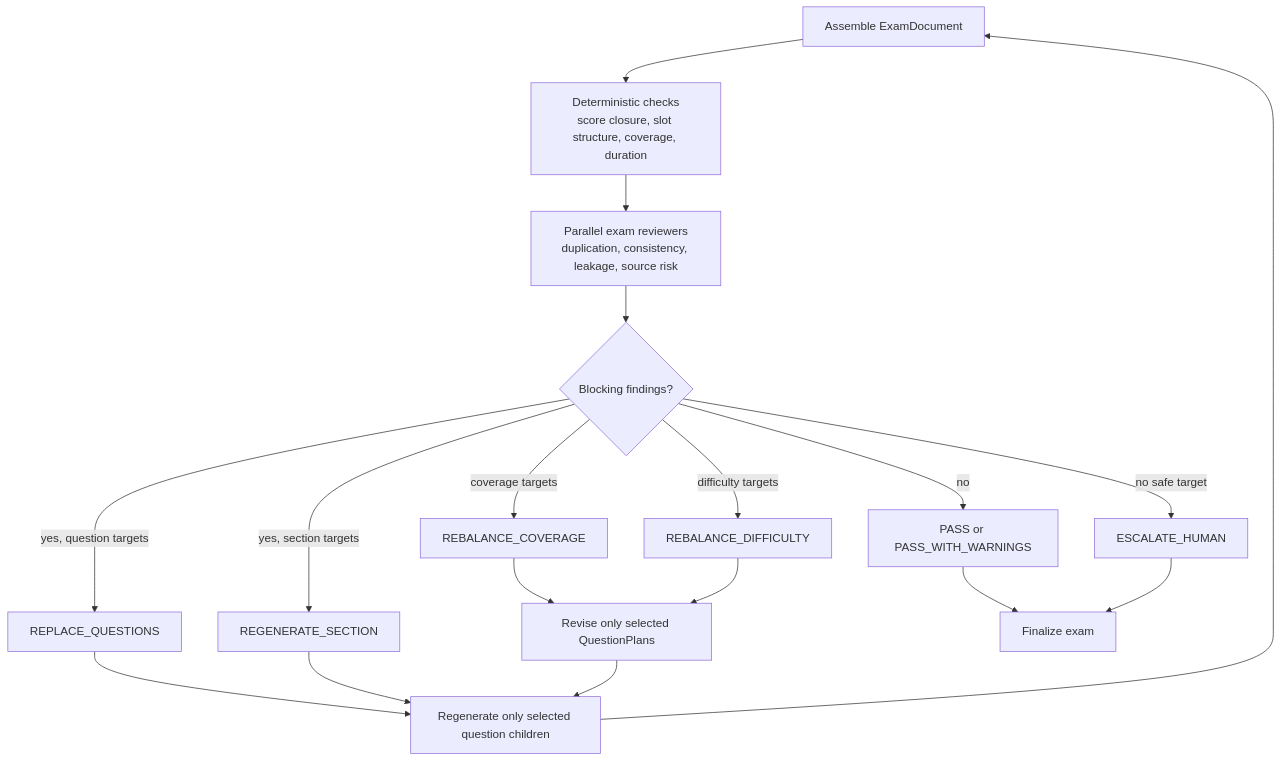
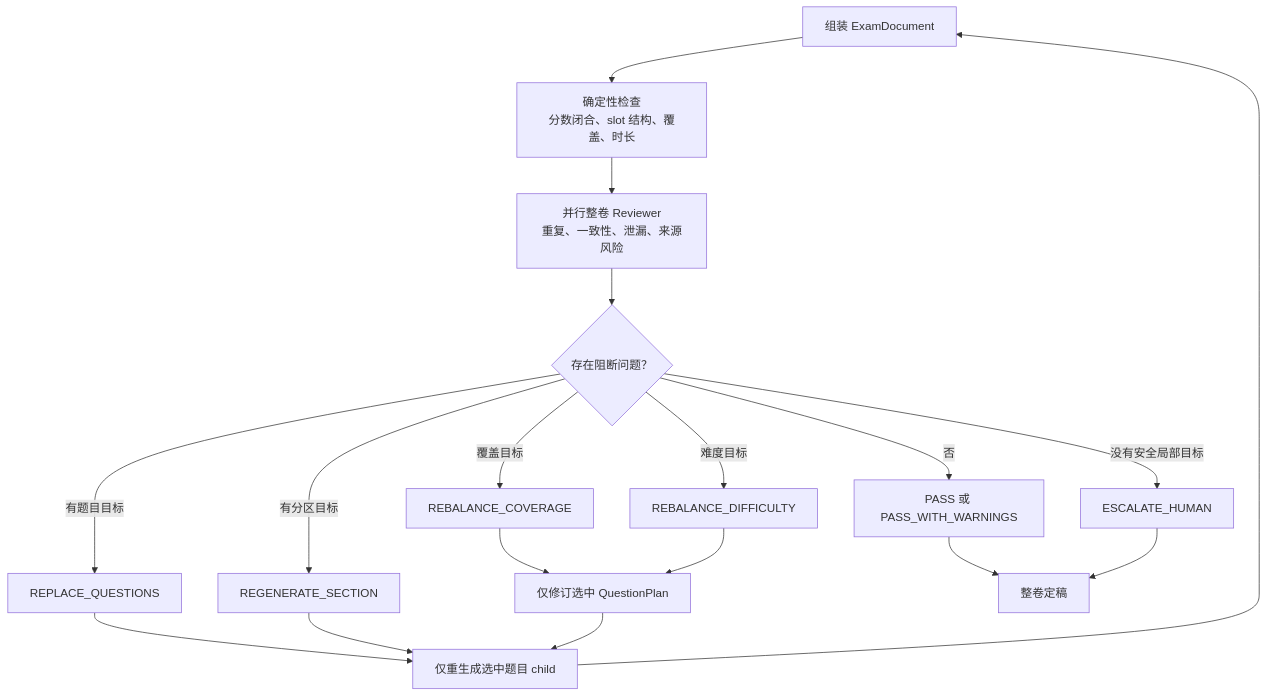
The ninth of 13 diagrams in README.md (kyc001/assessment-workbench), drawn with Mermaid before and after one commit. The commit also changed other lines of this file and 2 other files, not shown here.

````diff
--- a/README.md
+++ b/README.md
@@ -492,20 +492,20 @@
 ```mermaid
 flowchart TD
-    Assemble["Assemble ExamDocument"] --> Deterministic["Deterministic checks\nscore closure, slot structure, coverage, duration"]
-    Deterministic --> Reviews["Parallel exam reviewers\nduplication, consistency, leakage, source risk"]
-    Reviews --> Gate{"Blocking findings?"}
-    Gate -->|"no"| Pass["PASS or PASS_WITH_WARNINGS"]
-    Gate -->|"yes, question targets"| Replace["REPLACE_QUESTIONS"]
-    Gate -->|"yes, section targets"| Section["REGENERATE_SECTION"]
-    Gate -->|"coverage targets"| Coverage["REBALANCE_COVERAGE"]
-    Gate -->|"difficulty targets"| Difficulty["REBALANCE_DIFFICULTY"]
-    Gate -->|"no safe target"| Human["ESCALATE_HUMAN"]
-    Replace --> Regenerate["Regenerate only selected question children"]
+    Assemble["组装 ExamDocument"] --> Deterministic["确定性检查\n分数闭合、slot 结构、覆盖、时长"]
+    Deterministic --> Reviews["并行整卷 Reviewer\n重复、一致性、泄漏、来源风险"]
+    Reviews --> Gate{"存在阻断问题？"}
+    Gate -->|"否"| Pass["PASS 或 PASS_WITH_WARNINGS"]
+    Gate -->|"有题目目标"| Replace["REPLACE_QUESTIONS"]
+    Gate -->|"有分区目标"| Section["REGENERATE_SECTION"]
+    Gate -->|"覆盖目标"| Coverage["REBALANCE_COVERAGE"]
+    Gate -->|"难度目标"| Difficulty["REBALANCE_DIFFICULTY"]
+    Gate -->|"没有安全局部目标"| Human["ESCALATE_HUMAN"]
+    Replace --> Regenerate["仅重生成选中题目 child"]
     Section --> Regenerate
-    Coverage --> Replan["Revise only selected QuestionPlans"]
+    Coverage --> Replan["仅修订选中 QuestionPlan"]
     Difficulty --> Replan
     Replan --> Regenerate
     Regenerate --> Assemble
-    Pass --> Final["Finalize exam"]
+    Pass --> Final["整卷定稿"]
     Human --> Final
 ```
````
